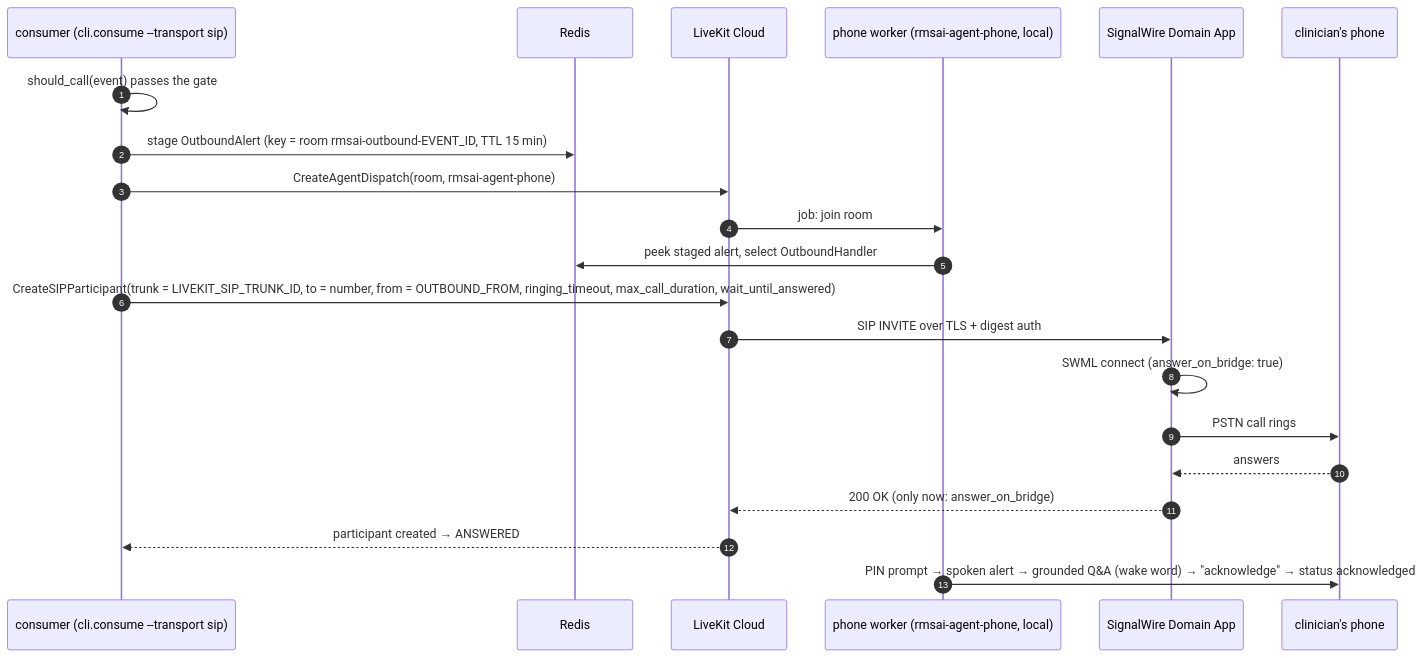
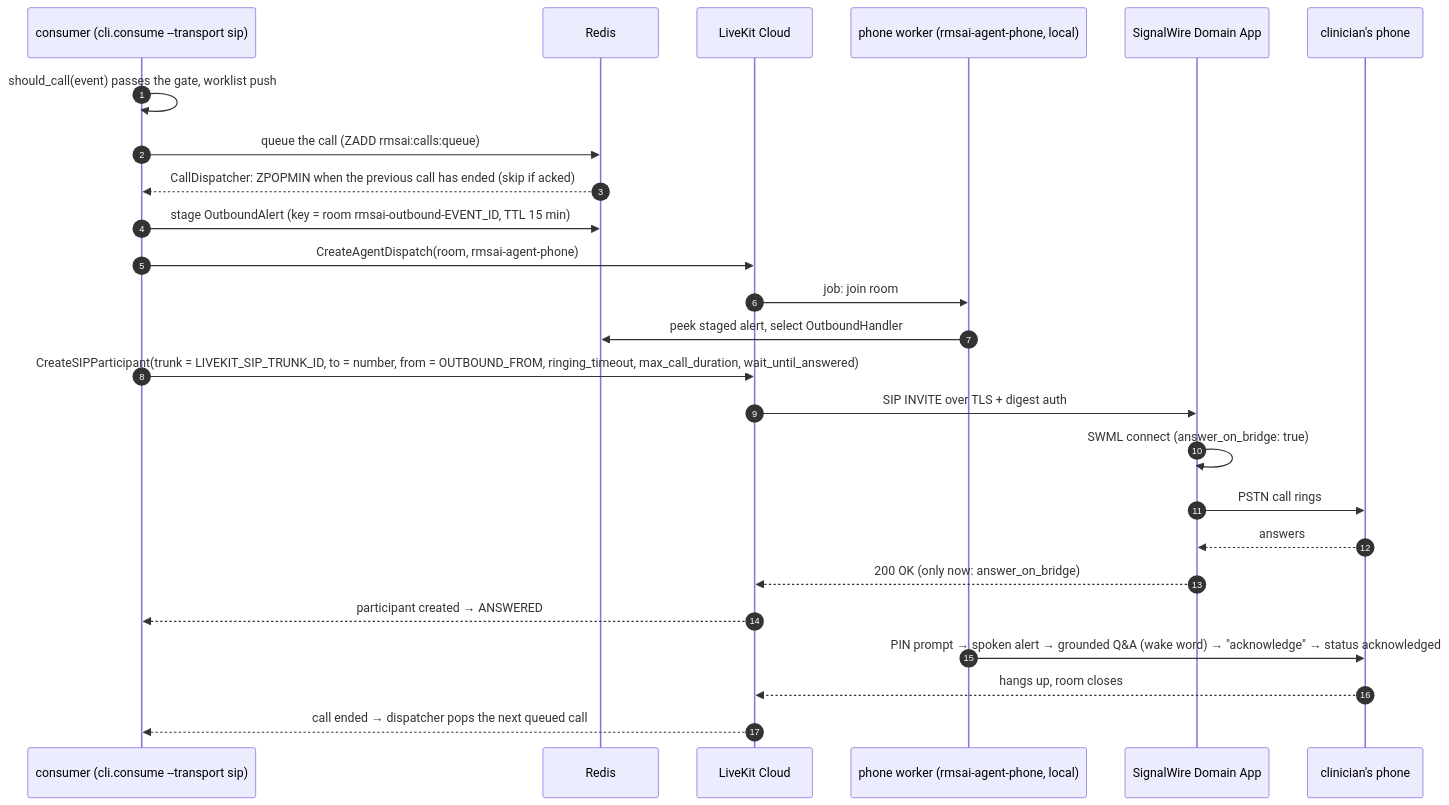
The fourth of 5 diagrams in ARCHITECTURE.md (crtx-sg/rmsai-relay), drawn with Mermaid before and after one commit. The commit also changed other lines of this file and 11 other files, not shown here.

First line of the commit message:
App voice on select can be muted; docs show the call queue

````diff
--- a/ARCHITECTURE.md
+++ b/ARCHITECTURE.md
@@ -474,23 +520,27 @@
 ```mermaid
 sequenceDiagram
     autonumber
     participant C as consumer (cli.consume --transport sip)
     participant R as Redis
     participant LK as LiveKit Cloud
     participant W as phone worker (rmsai-agent-phone, local)
     participant SW as SignalWire Domain App
     participant P as clinician's phone
-    C->>C: should_call(event) passes the gate
+    C->>C: should_call(event) passes the gate, worklist push
+    C->>R: queue the call (ZADD rmsai:calls:queue)
+    R-->>C: CallDispatcher: ZPOPMIN when the previous call has ended (skip if acked)
     C->>R: stage OutboundAlert (key = room rmsai-outbound-EVENT_ID, TTL 15 min)
     C->>LK: CreateAgentDispatch(room, rmsai-agent-phone)
     LK->>W: job: join room
     W->>R: peek staged alert, select OutboundHandler
     C->>LK: CreateSIPParticipant(trunk = LIVEKIT_SIP_TRUNK_ID, to = number, from = OUTBOUND_FROM, ringing_timeout, max_call_duration, wait_until_answered)
     LK->>SW: SIP INVITE over TLS + digest auth
     SW->>SW: SWML connect (answer_on_bridge: true)
     SW->>P: PSTN call rings
     P-->>SW: answers
     SW-->>LK: 200 OK (only now: answer_on_bridge)
     LK-->>C: participant created → ANSWERED
     W->>P: PIN prompt → spoken alert → grounded Q&A (wake word) → "acknowledge" → status acknowledged
+    P-->>LK: hangs up, room closes
+    LK-->>C: call ended → dispatcher pops the next queued call
 ```
````
